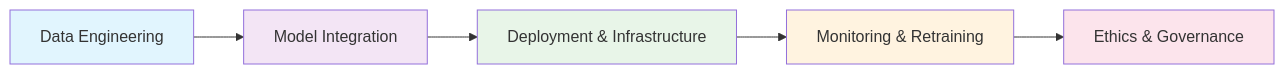
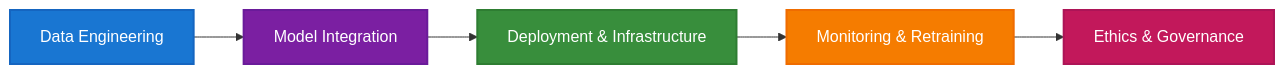
Before and after one commit to khaosans/articles: the second of 2 diagrams in ai_engineer_deepdive.md, drawn with Mermaid. The commit also changed other lines of this file and 5 other files, not shown here.

First line of the commit message:
docs: improve Mermaid diagram readability and clean up footer text

````diff
--- a/ai_engineer_deepdive.md
+++ b/ai_engineer_deepdive.md
@@ -50,12 +50,12 @@
 ```mermaid
 flowchart LR
     A[Data Engineering] --> B[Model Integration]
     B --> C[Deployment & Infrastructure]
     C --> D[Monitoring & Retraining]
     D --> E[Ethics & Governance]
-    style A fill:#e1f5fe
-    style B fill:#f3e5f5
-    style C fill:#e8f5e8
-    style D fill:#fff3e0
-    style E fill:#fce4ec
+    style A fill:#1976d2,stroke:#1565c0,stroke-width:2px,color:#ffffff
+    style B fill:#7b1fa2,stroke:#6a1b9a,stroke-width:2px,color:#ffffff
+    style C fill:#388e3c,stroke:#2e7d32,stroke-width:2px,color:#ffffff
+    style D fill:#f57c00,stroke:#ef6c00,stroke-width:2px,color:#ffffff
+    style E fill:#c2185b,stroke:#ad1457,stroke-width:2px,color:#ffffff
 ```
````
